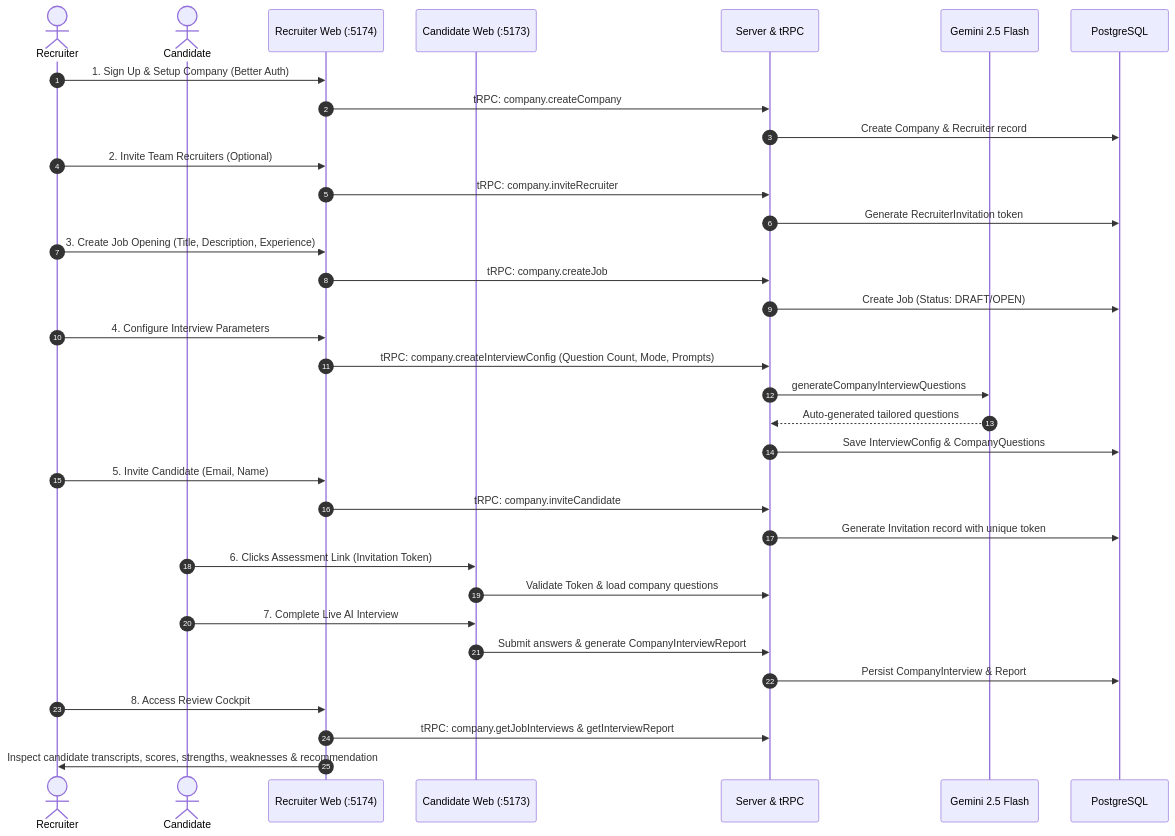
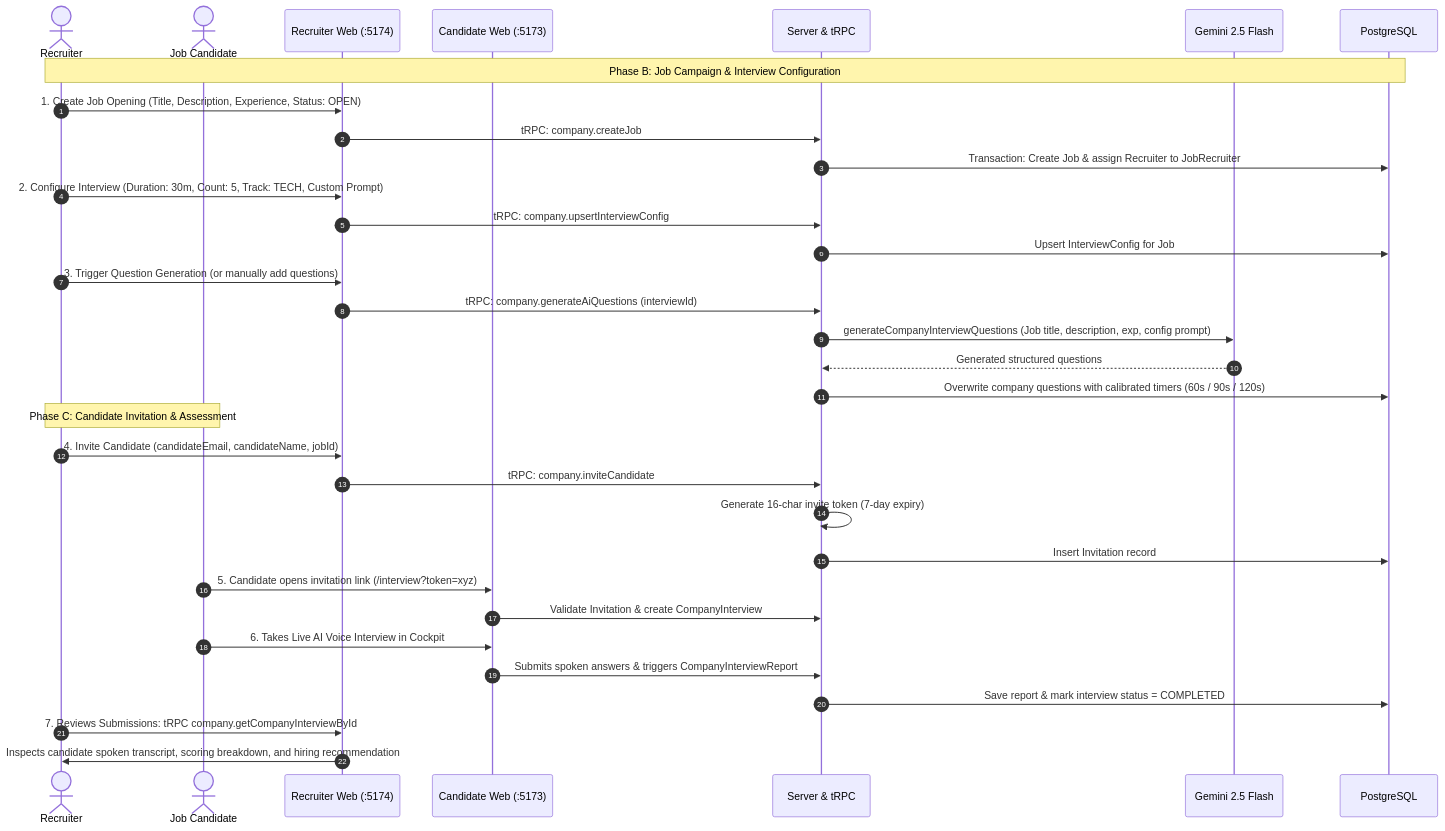
The third of 4 diagrams in docs/workflows.md (Suyog241005/interview.ai), drawn with Mermaid before and after one commit. The commit also changed other lines of this file and 10 other files, not shown here.

````diff
--- a/docs/workflows.md
+++ b/docs/workflows.md
@@ -76,43 +101,41 @@
 ```mermaid
 sequenceDiagram
     autonumber
-    actor Recruiter
-    actor Candidate
+    actor Recruiter as Recruiter
+    actor Candidate as Job Candidate
     participant RW as Recruiter Web (:5174)
     participant CW as Candidate Web (:5173)
     participant SRV as Server & tRPC
     participant AI as Gemini 2.5 Flash
     participant DB as PostgreSQL
 
-    Recruiter->>RW: 1. Sign Up & Setup Company (Better Auth)
-    RW->>SRV: tRPC: company.createCompany
-    SRV->>DB: Create Company & Recruiter record
+    Note over Recruiter,DB: Phase B: Job Campaign & Interview Configuration
+    Recruiter->>RW: 1. Create Job Opening (Title, Description, Experience, Status: OPEN)
+    RW->>SRV: tRPC: company.createJob
+    SRV->>DB: Transaction: Create Job & assign Recruiter to JobRecruiter
 
-    Recruiter->>RW: 2. Invite Team Recruiters (Optional)
-    RW->>SRV: tRPC: company.inviteRecruiter
-    SRV->>DB: Generate RecruiterInvitation token
+    Recruiter->>RW: 2. Configure Interview (Duration: 30m, Count: 5, Track: TECH, Custom Prompt)
+    RW->>SRV: tRPC: company.upsertInterviewConfig
+    SRV->>DB: Upsert InterviewConfig for Job
 
-    Recruiter->>RW: 3. Create Job Opening (Title, Description, Experience)
-    RW->>SRV: tRPC: company.createJob
-    SRV->>DB: Create Job (Status: DRAFT/OPEN)
+    Recruiter->>RW: 3. Trigger Question Generation (or manually add questions)
+    RW->>SRV: tRPC: company.generateAiQuestions (interviewId)
+    SRV->>AI: generateCompanyInterviewQuestions (Job title, description, exp, config prompt)
+    AI-->>SRV: Generated structured questions
+    SRV->>DB: Overwrite company questions with calibrated timers (60s / 90s / 120s)
 
-    Recruiter->>RW: 4. Configure Interview Parameters
-    RW->>SRV: tRPC: company.createInterviewConfig (Question Count, Mode, Prompts)
-    SRV->>AI: generateCompanyInterviewQuestions
-    AI-->>SRV: Auto-generated tailored questions
-    SRV->>DB: Save InterviewConfig & CompanyQuestions
+    Note over Recruiter,Candidate: Phase C: Candidate Invitation & Assessment
+    Recruiter->>RW: 4. Invite Candidate (candidateEmail, candidateName, jobId)
+    RW->>SRV: tRPC: company.inviteCandidate
+    SRV->>SRV: Generate 16-char invite token (7-day expiry)
+    SRV->>DB: Insert Invitation record
 
-    Recruiter->>RW: 5. Invite Candidate (Email, Name)
-    RW->>SRV: tRPC: company.inviteCandidate
-    SRV->>DB: Generate Invitation record with unique token
+    Candidate->>CW: 5. Candidate opens invitation link (/interview?token=xyz)
+    CW->>SRV: Validate Invitation & create CompanyInterview
+    Candidate->>CW: 6. Takes Live AI Voice Interview in Cockpit
+    CW->>SRV: Submits spoken answers & triggers CompanyInterviewReport
+    SRV->>DB: Save report & mark interview status = COMPLETED
 
-    Candidate->>CW: 6. Clicks Assessment Link (Invitation Token)
-    CW->>SRV: Validate Token & load company questions
-    Candidate->>CW: 7. Complete Live AI Interview
-    CW->>SRV: Submit answers & generate CompanyInterviewReport
-    SRV->>DB: Persist CompanyInterview & Report
-
-    Recruiter->>RW: 8. Access Review Cockpit
-    RW->>SRV: tRPC: company.getJobInterviews & getInterviewReport
-    RW->>Recruiter: Inspect candidate transcripts, scores, strengths, weaknesses & recommendation
+    Recruiter->>RW: 7. Reviews Submissions: tRPC company.getCompanyInterviewById
+    RW->>Recruiter: Inspects candidate spoken transcript, scoring breakdown, and hiring recommendation
 ```
````
